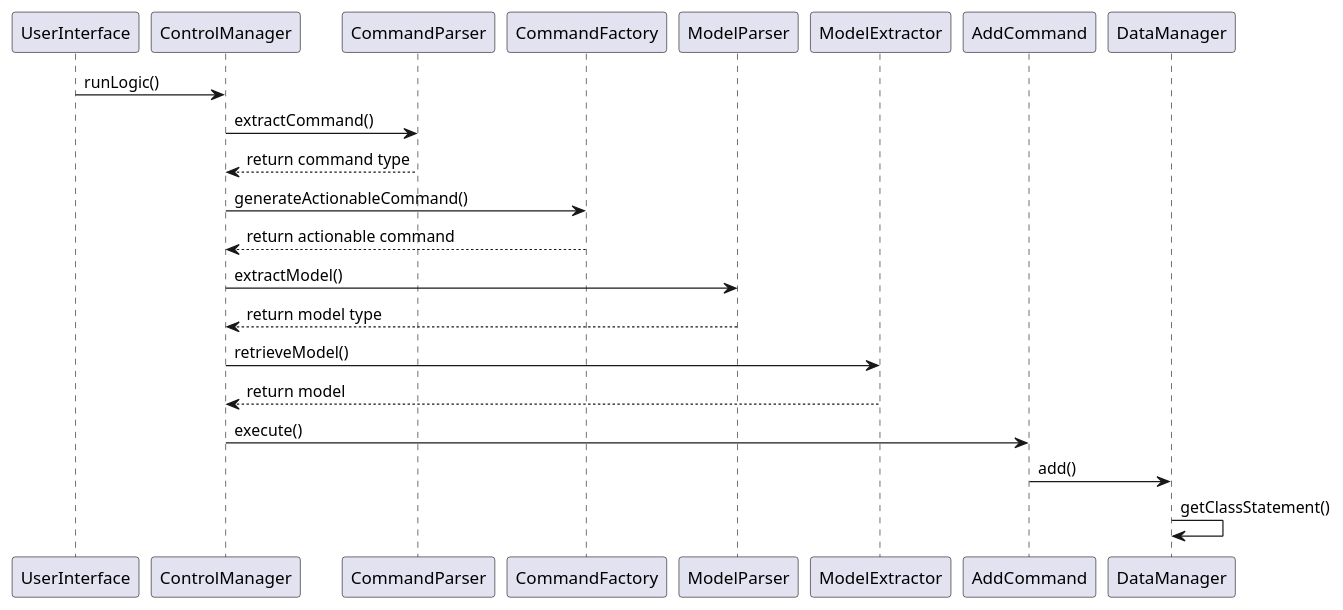
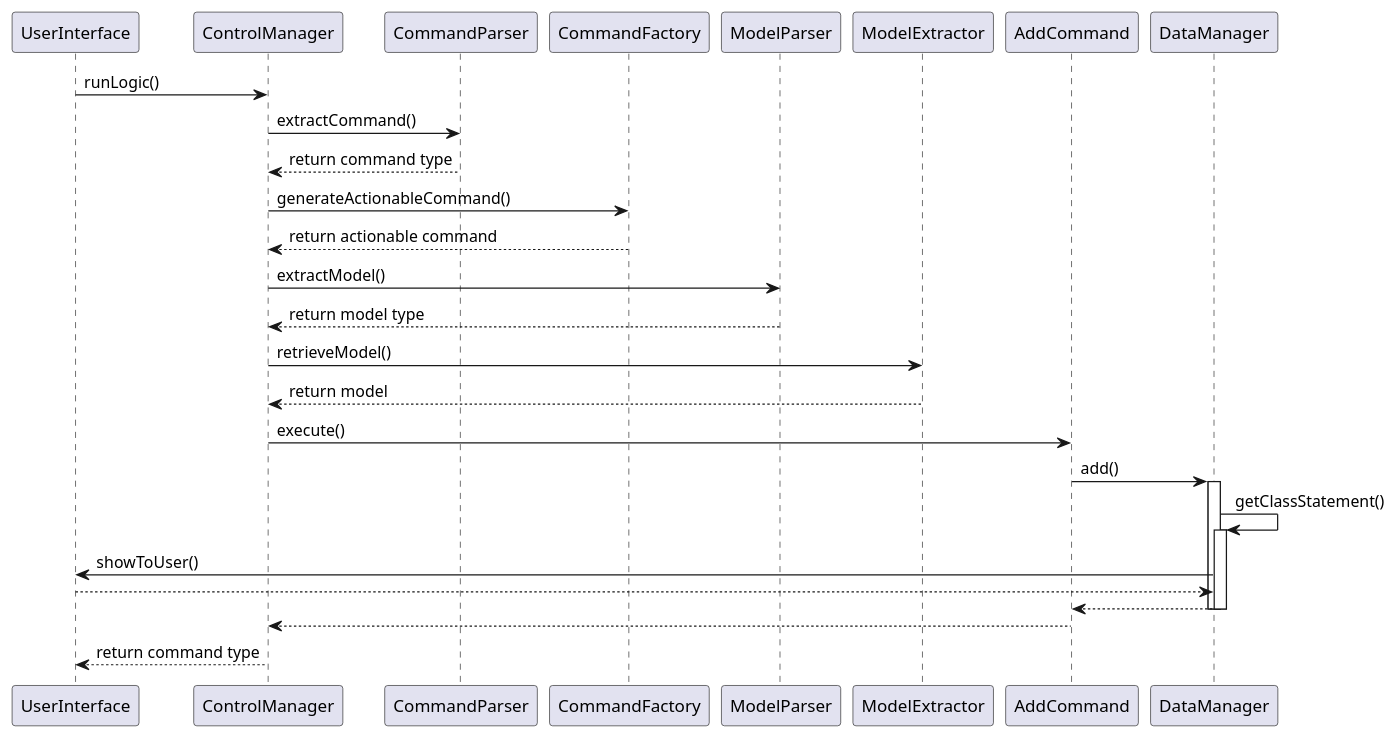
Before and after one commit to untitle4/tp: the diagram in docs/Add.puml, drawn with PlantUML.

Commit message:
Implement add feature plantUML sequence diagram

```diff
--- a/docs/Add.puml
+++ b/docs/Add.puml
@@ -1,20 +1,30 @@
 @startuml
 UserInterface -> ControlManager: runLogic()
 ControlManager -> CommandParser: extractCommand()
 
-ControlManager <-- CommandParser: return command type
+CommandParser --> ControlManager: return command type
 
 ControlManager -> CommandFactory: generateActionableCommand()
 CommandFactory --> ControlManager: return actionable command
 
 ControlManager -> ModelParser: extractModel()
 ModelParser --> ControlManager: return model type
 
 ControlManager -> ModelExtractor: retrieveModel()
 ModelExtractor --> ControlManager: return model
 
 ControlManager -> AddCommand: execute()
 AddCommand -> DataManager: add()
+activate DataManager
 DataManager -> DataManager: getClassStatement()
+activate DataManager
+DataManager -> UserInterface: showToUser()
+
+UserInterface --> DataManager
+DataManager --> AddCommand
+deactivate DataManager
+deactivate DataManager
+AddCommand --> ControlManager
+ControlManager --> UserInterface: return command type
 
 @enduml
```
